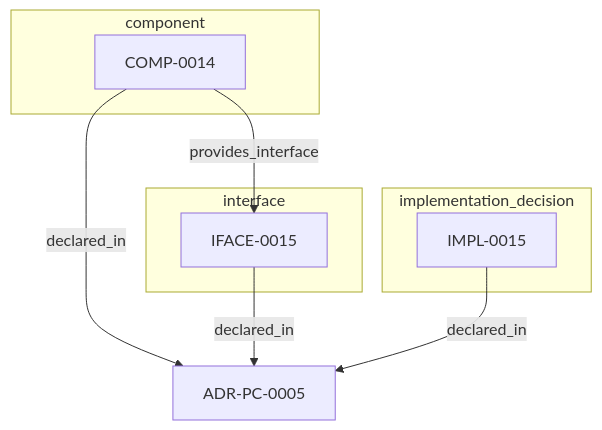
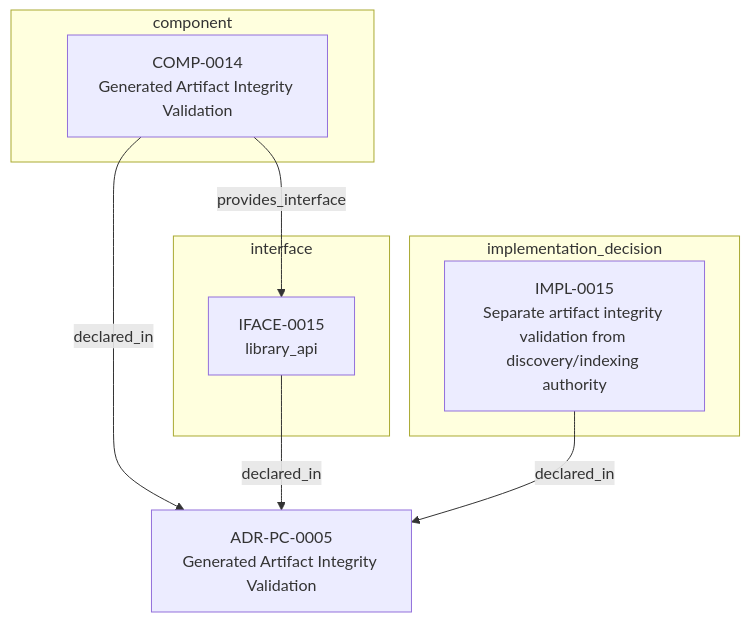
The third of 3 diagrams in adrs/adr-projection/physical-component/ADR-PC-0005-generated-artifact-integrity-validation.md (egallmann/adr-architecture-kit), drawn with Mermaid before and after one commit. The commit also changed other lines of this file and 35 other files, not shown here.

````diff
--- a/adrs/adr-projection/physical-component/ADR-PC-0005-generated-artifact-integrity-validation.md
+++ b/adrs/adr-projection/physical-component/ADR-PC-0005-generated-artifact-integrity-validation.md
@@ -103,17 +160,17 @@
 ```mermaid
 flowchart TB
-  n_019fee89_e618_74b2_a83e_e41c7d8c9f37["ADR-PC-0005"]
+  n_019fee89_e618_74b2_a83e_e41c7d8c9f37["ADR-PC-0005<br/>Generated Artifact Integrity Validation"]
   subgraph sg_component["component"]
-    n_019fee89_e618_781c_831f_0d5fe24f7d85["COMP-0014"]
+    n_019fee89_e618_781c_831f_0d5fe24f7d85["COMP-0014<br/>Generated Artifact Integrity Validation"]
   end
   subgraph sg_interface["interface"]
-    n_019fee89_e618_783a_8511_196b6a627b3e["IFACE-0015"]
+    n_019fee89_e618_783a_8511_196b6a627b3e["IFACE-0015<br/>library_api"]
   end
   subgraph sg_implementation_decision["implementation_decision"]
-    n_019fee89_e618_7d0d_ae2e_d65c2d83b72d["IMPL-0015"]
+    n_019fee89_e618_7d0d_ae2e_d65c2d83b72d["IMPL-0015<br/>Separate artifact integrity validation from discovery/indexing authority"]
   end
   n_019fee89_e618_781c_831f_0d5fe24f7d85 -->|"declared_in"| n_019fee89_e618_74b2_a83e_e41c7d8c9f37
   n_019fee89_e618_783a_8511_196b6a627b3e -->|"declared_in"| n_019fee89_e618_74b2_a83e_e41c7d8c9f37
   n_019fee89_e618_7d0d_ae2e_d65c2d83b72d -->|"declared_in"| n_019fee89_e618_74b2_a83e_e41c7d8c9f37
   n_019fee89_e618_781c_831f_0d5fe24f7d85 -->|"provides_interface"| n_019fee89_e618_783a_8511_196b6a627b3e
 ```
````
